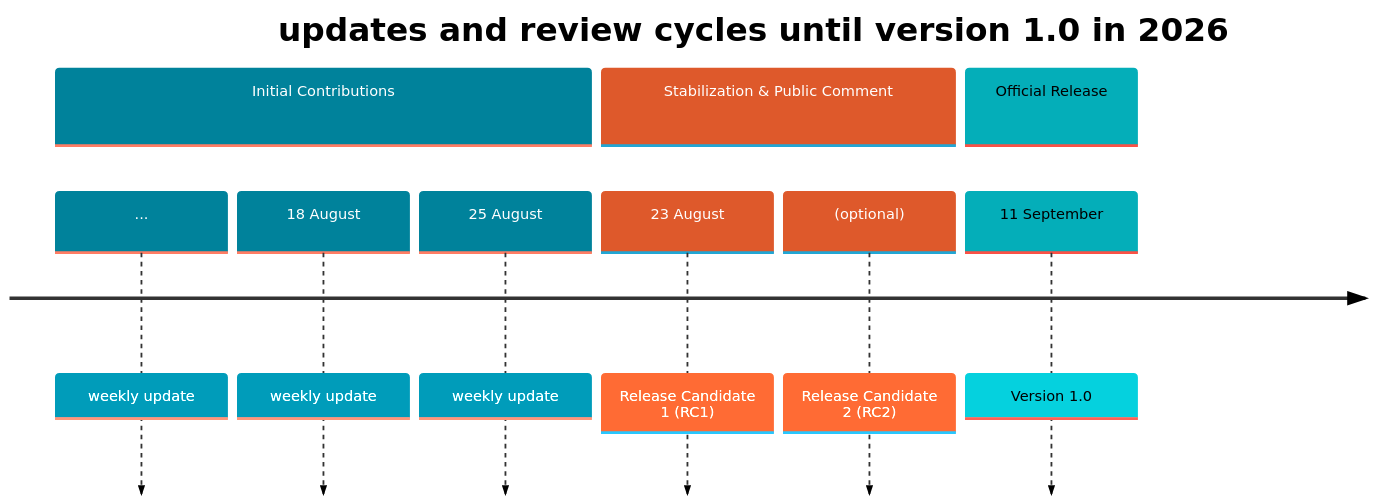
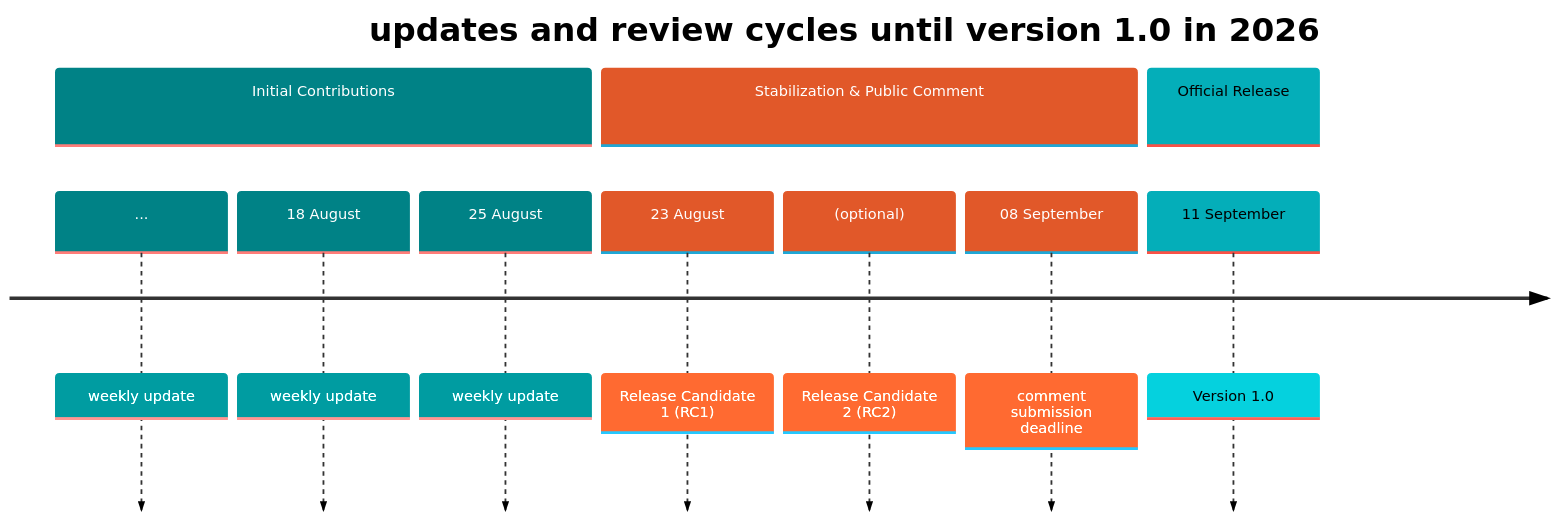
One commit to OpenChain-Project/CRA-Compliance changed the first of 2 diagrams in CONTRIBUTING.md. Above: the diagram before and after it, drawn with Mermaid.

Commit message:
Update CONTRIBUTING.md with comment submission deadline

````diff
--- a/CONTRIBUTING.md
+++ b/CONTRIBUTING.md
@@ -11,25 +11,26 @@
 ```mermaid
 ---
 config:
    theme: 'neutral'
    themeVariables:
-      cScale0: '#00829B'
+      cScale0: '#008286'
       cScaleLabel0: '#FFFFFF'
-      cScale1: '#DE592B'
+      cScale1: '#E15829'
       cScaleLabel1: '#FFFFFF'
       cScale2: '#04AEB9'
       cScaleLabel2: '#000000'
 ---
 timeline
    title updates and review cycles until version 1.0 in 2026
    section Initial Contributions
       ... : weekly update
       18 August : weekly update
       25 August : weekly update
    section Stabilization & Public Comment
       23 August : Release Candidate 1 (RC1)
       (optional) : Release Candidate 2 (RC2)
+      08 September : comment submission deadline
    section Official Release
       11 September : Version 1.0
 
 ```
````
